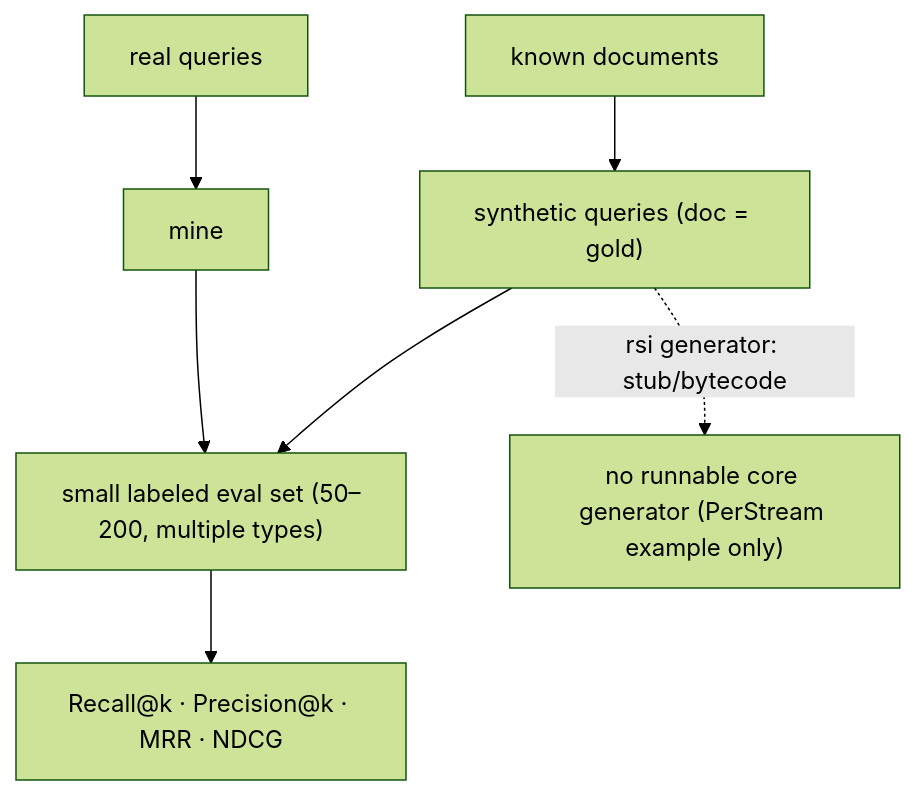
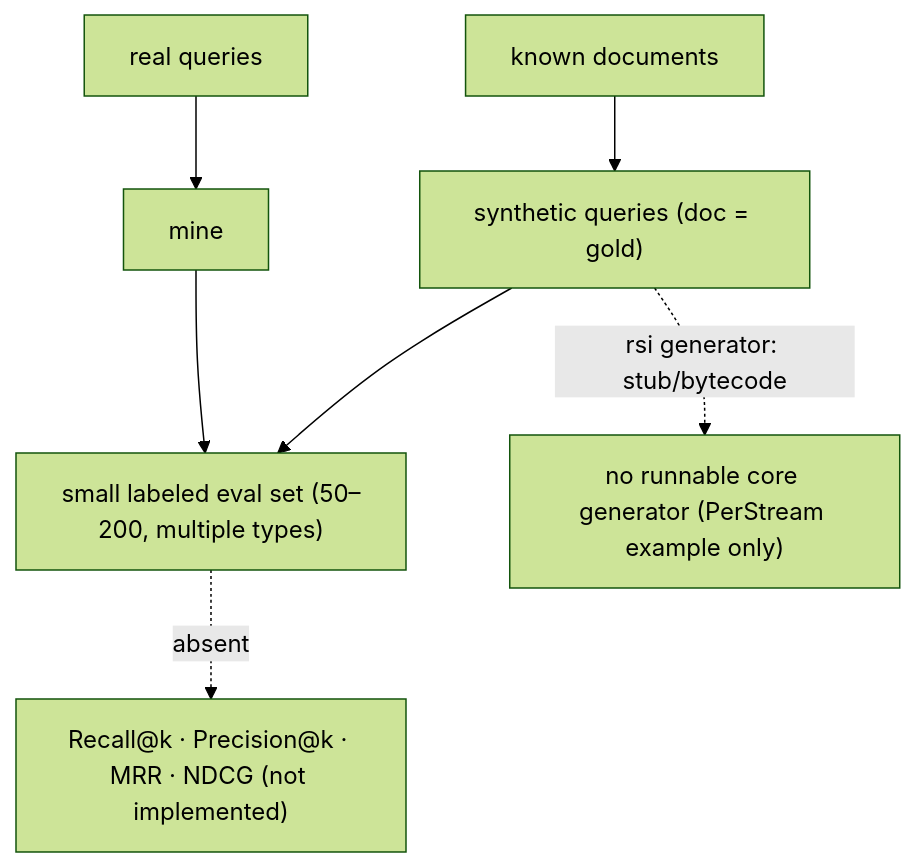
The tenth of 21 diagrams in docs-michael/interview_questions/07-evaluation.md (michaelatamuk/openjiuwen-jiuwenswarm), drawn with Mermaid (forest theme) before and after one commit. The commit also changed other lines of this file and 6 other files, not shown here.

````diff
--- a/docs-michael/interview_questions/07-evaluation.md
+++ b/docs-michael/interview_questions/07-evaluation.md
@@ -201,9 +201,9 @@
 ```mermaid
 flowchart TD
     LOGS["real queries"] --> MINE["mine"]
     DOCS["known documents"] --> SYN["synthetic queries (doc = gold)"]
     MINE --> SET["small labeled eval set (50–200, multiple types)"]
     SYN --> SET
-    SET --> MET["Recall@k · Precision@k · MRR · NDCG"]
+    SET -.->|"absent"| MET["Recall@k · Precision@k · MRR · NDCG (not implemented)"]
     SYN -.->|"rsi generator: stub/bytecode"| X["no runnable core generator (PerStream example only)"]
 ```
````
